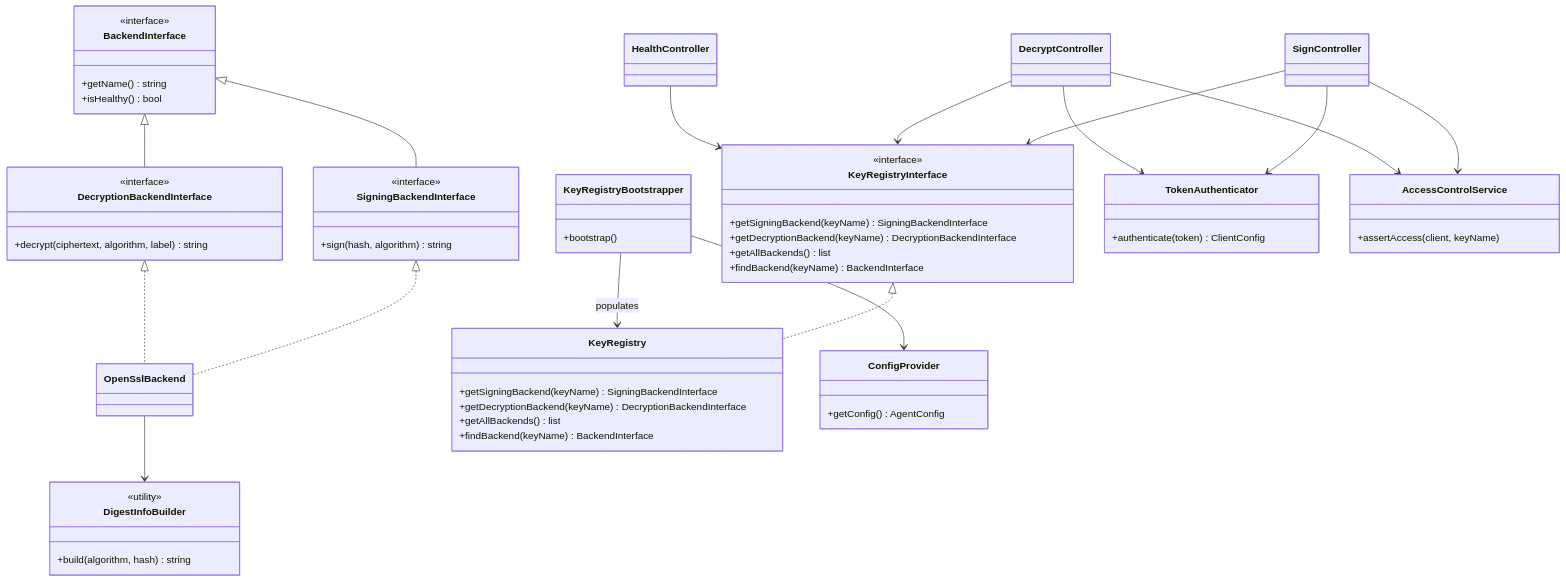
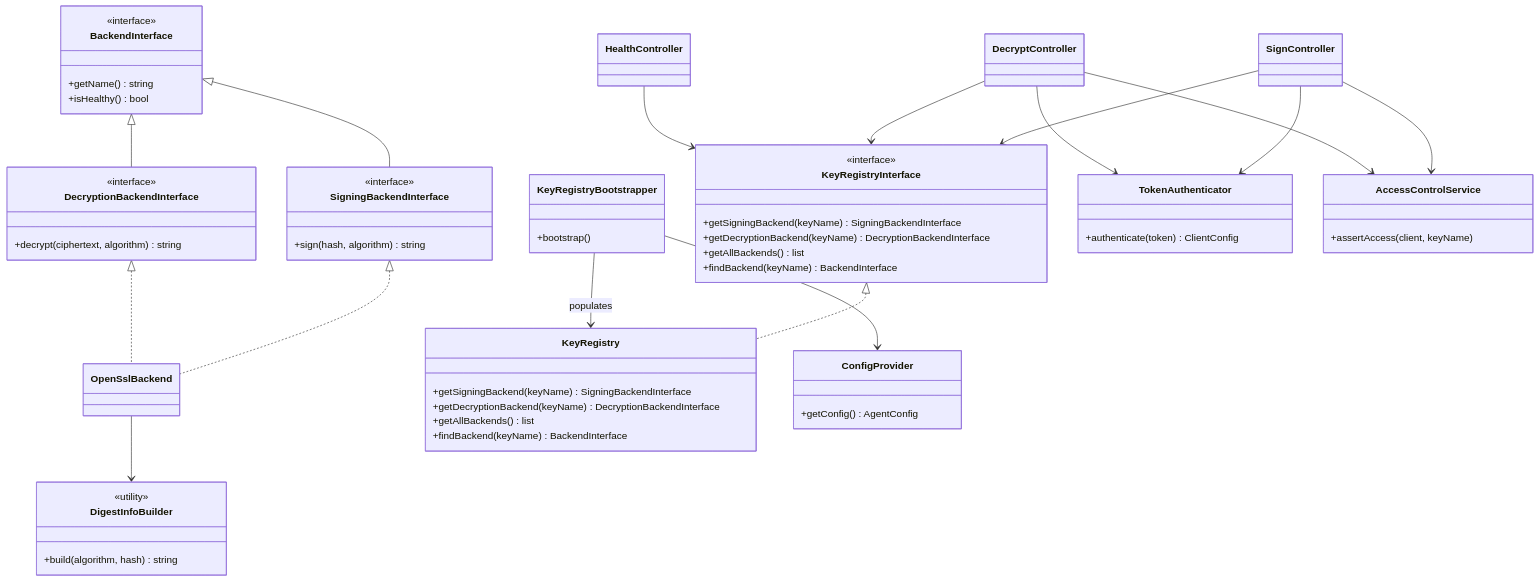
The third of 3 diagrams in docs/DESIGN-SPECIFICATION.md (OpenConext/OpenConext-private-key-agent), drawn with Mermaid before and after one commit. The commit also changed other lines of this file and 8 other files, not shown here.

````diff
--- a/docs/DESIGN-SPECIFICATION.md
+++ b/docs/DESIGN-SPECIFICATION.md
@@ -400,70 +397,70 @@
 ```mermaid
 classDiagram
     class BackendInterface {
         <<interface>>
         +getName() string
         +isHealthy() bool
     }
     class SigningBackendInterface {
         <<interface>>
         +sign(hash, algorithm) string
     }
     class DecryptionBackendInterface {
         <<interface>>
-        +decrypt(ciphertext, algorithm, label) string
+        +decrypt(ciphertext, algorithm) string
     }
     BackendInterface <|-- SigningBackendInterface
     BackendInterface <|-- DecryptionBackendInterface
 
     class OpenSslBackend
     SigningBackendInterface <|.. OpenSslBackend
     DecryptionBackendInterface <|.. OpenSslBackend
 
     class DigestInfoBuilder {
         <<utility>>
         +build(algorithm, hash) string
     }
     OpenSslBackend --> DigestInfoBuilder
 
     class KeyRegistryInterface {
         <<interface>>
         +getSigningBackend(keyName) SigningBackendInterface
         +getDecryptionBackend(keyName) DecryptionBackendInterface
         +getAllBackends() list
         +findBackend(keyName) BackendInterface
     }
     class KeyRegistry {
         +getSigningBackend(keyName) SigningBackendInterface
         +getDecryptionBackend(keyName) DecryptionBackendInterface
         +getAllBackends() list
         +findBackend(keyName) BackendInterface
     }
     KeyRegistryInterface <|.. KeyRegistry
     class KeyRegistryBootstrapper {
         +bootstrap()
     }
     KeyRegistryBootstrapper --> KeyRegistry : populates
 
     class ConfigProvider {
         +getConfig() AgentConfig
     }
     KeyRegistryBootstrapper --> ConfigProvider
 
     class TokenAuthenticator {
         +authenticate(token) ClientConfig
     }
     class AccessControlService {
         +assertAccess(client, keyName)
     }
 
     class SignController
     class DecryptController
     class HealthController
     SignController --> TokenAuthenticator
     SignController --> AccessControlService
     SignController --> KeyRegistryInterface
     DecryptController --> TokenAuthenticator
     DecryptController --> AccessControlService
     DecryptController --> KeyRegistryInterface
     HealthController --> KeyRegistryInterface
 ```
````
